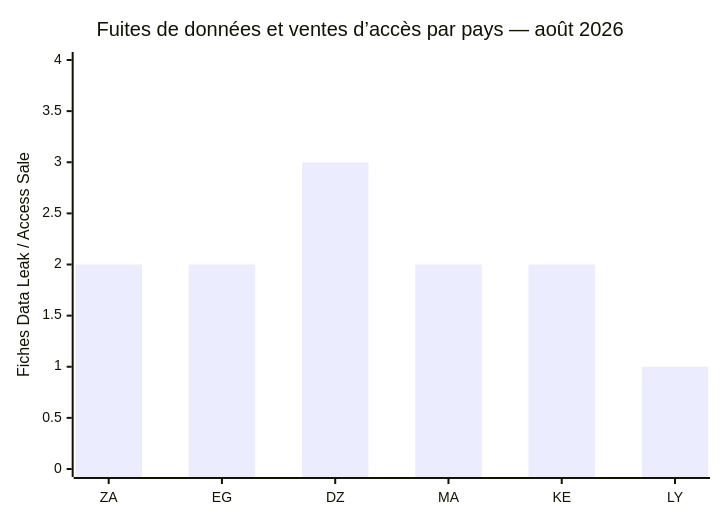
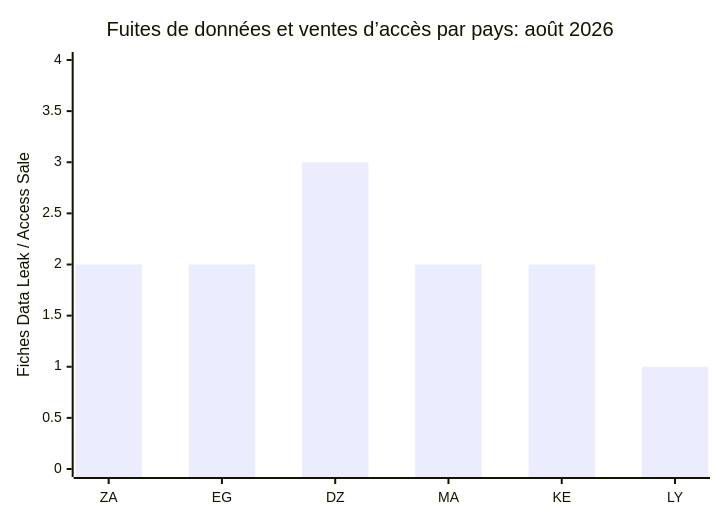
One commit to Hatchepsoute/AFRINTEL changed the fourth of 7 diagrams in CyberAttackAfrica/2026/08-august/README_FR.md. Above: the diagram before and after it, drawn with Mermaid. The commit also changed other lines of this file and 1 other file, not shown here.

````diff
--- a/CyberAttackAfrica/2026/08-august/README_FR.md
+++ b/CyberAttackAfrica/2026/08-august/README_FR.md
@@ -162,7 +162,7 @@
 ```mermaid
 xychart-beta
-    title "Fuites de données et ventes d’accès par pays — août 2026"
+    title "Fuites de données et ventes d’accès par pays: août 2026"
     x-axis ["ZA", "EG", "DZ", "MA", "KE", "LY"]
     y-axis "Fiches Data Leak / Access Sale" 0 --> 4
     bar [2, 2, 3, 2, 2, 1]
 ```
````
